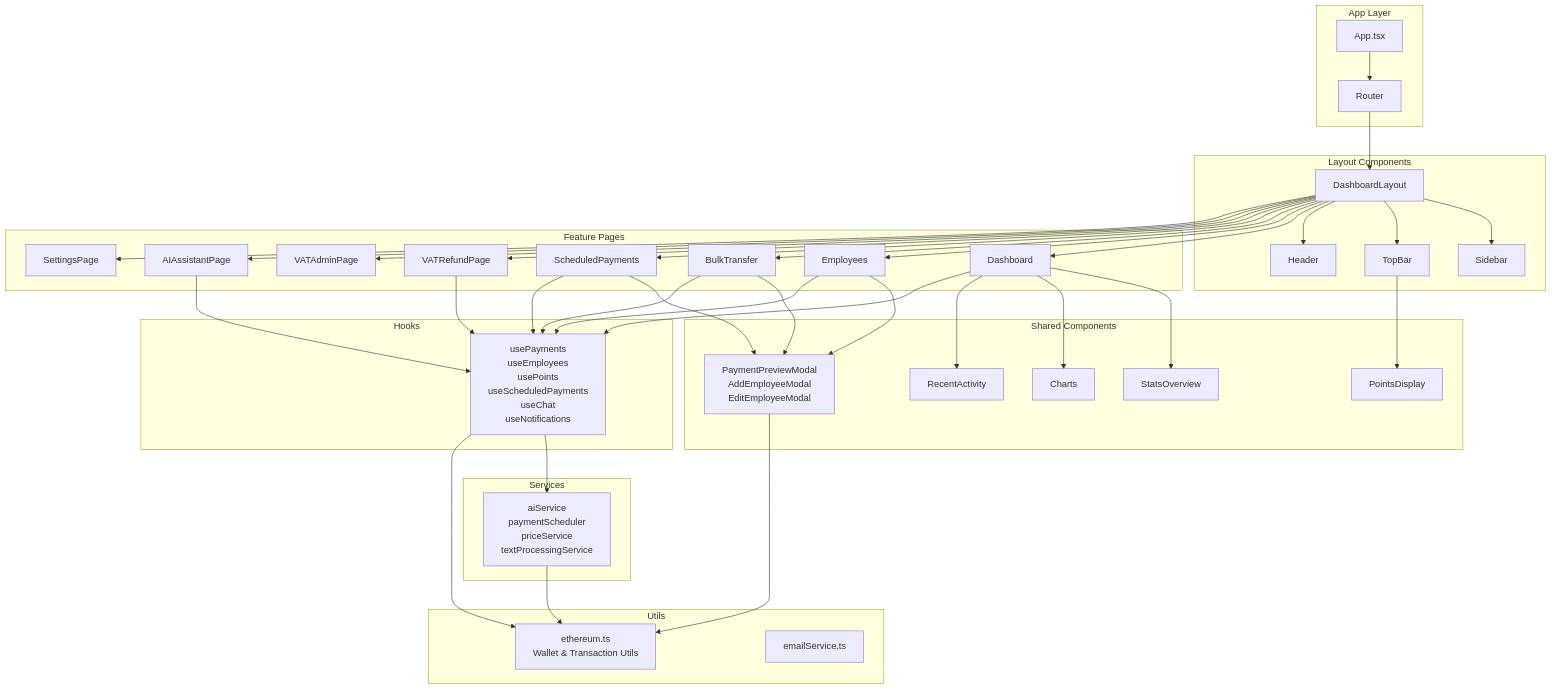
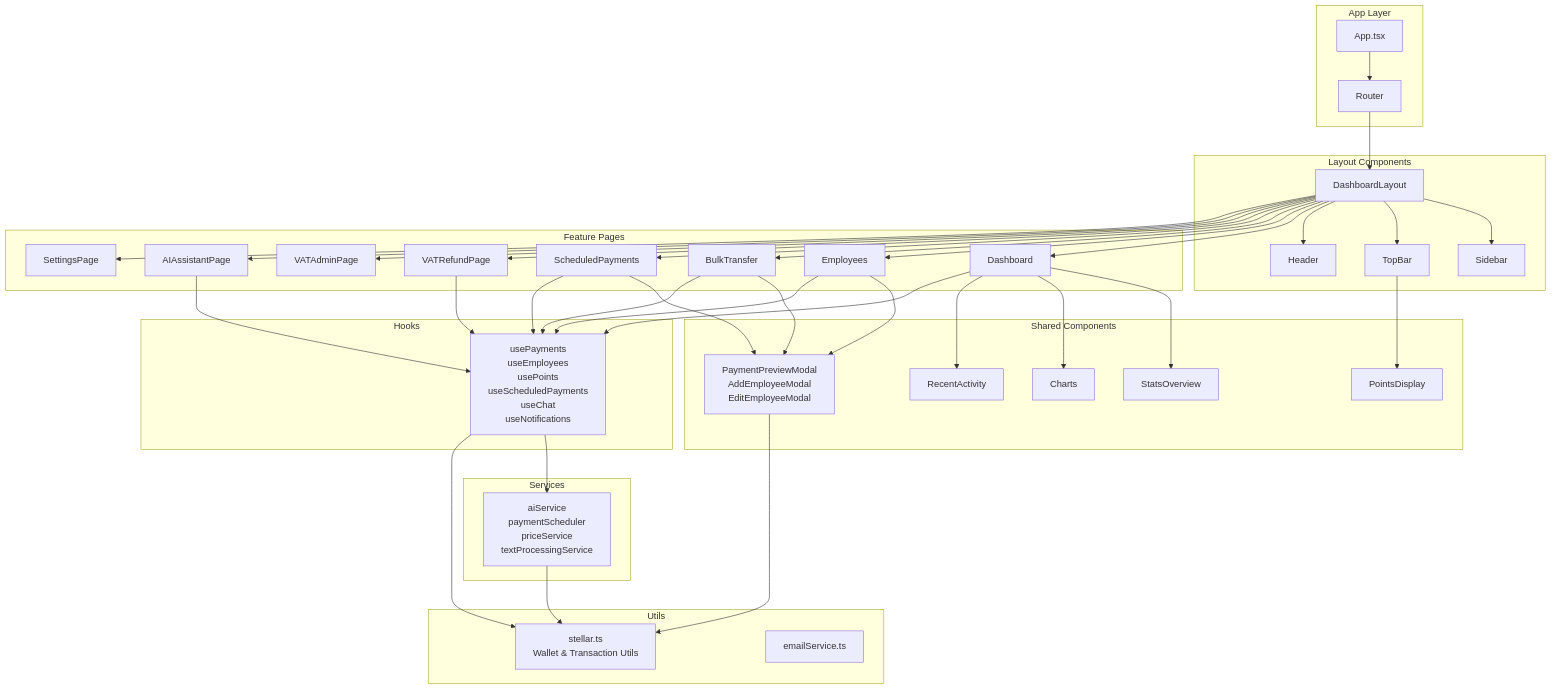
Before and after one commit to AmaanSayyad/Gemetra-Stellar: the ninth of 10 diagrams in README.md, drawn with Mermaid. The commit also changed other lines of this file and 57 other files, not shown here.

````diff
--- a/README.md
+++ b/README.md
@@ -487,81 +492,81 @@
 ```mermaid
 graph TB
     subgraph "App Layer"
         APP[App.tsx]
         ROUTER[Router]
     end
     
     subgraph "Layout Components"
         LAYOUT[DashboardLayout]
         SIDEBAR[Sidebar]
         TOPBAR[TopBar]
         HEADER[Header]
     end
     
     subgraph "Feature Pages"
         DASHBOARD[Dashboard]
         EMPLOYEES[Employees]
         PAYMENTS[BulkTransfer]
         SCHEDULED[ScheduledPayments]
         VAT[VATRefundPage]
         VATADMIN[VATAdminPage]
         AI[AIAssistantPage]
         SETTINGS[SettingsPage]
     end
     
     subgraph "Shared Components"
         MODALS[PaymentPreviewModal<br/>AddEmployeeModal<br/>EditEmployeeModal]
         CHARTS[Charts]
         STATS[StatsOverview]
         ACTIVITY[RecentActivity]
         POINTS[PointsDisplay]
     end
     
     subgraph "Hooks"
         HOOKS[usePayments<br/>useEmployees<br/>usePoints<br/>useScheduledPayments<br/>useChat<br/>useNotifications]
     end
     
     subgraph "Services"
         SERVICES[aiService<br/>paymentScheduler<br/>priceService<br/>textProcessingService]
     end
     
     subgraph "Utils"
-        ETH[ethereum.ts<br/>Wallet & Transaction Utils]
+        STELLAR[stellar.ts<br/>Wallet & Transaction Utils]
         EMAIL[emailService.ts]
     end
     
     APP --> ROUTER
     ROUTER --> LAYOUT
     LAYOUT --> SIDEBAR
     LAYOUT --> TOPBAR
     LAYOUT --> HEADER
     LAYOUT --> DASHBOARD
     LAYOUT --> EMPLOYEES
     LAYOUT --> PAYMENTS
     LAYOUT --> SCHEDULED
     LAYOUT --> VAT
     LAYOUT --> VATADMIN
     LAYOUT --> AI
     LAYOUT --> SETTINGS
     
     DASHBOARD --> STATS
     DASHBOARD --> CHARTS
     DASHBOARD --> ACTIVITY
     TOPBAR --> POINTS
     
     EMPLOYEES --> MODALS
     PAYMENTS --> MODALS
     SCHEDULED --> MODALS
     
     DASHBOARD --> HOOKS
     EMPLOYEES --> HOOKS
     PAYMENTS --> HOOKS
     SCHEDULED --> HOOKS
     VAT --> HOOKS
     AI --> HOOKS
     
     HOOKS --> SERVICES
-    HOOKS --> ETH
-    SERVICES --> ETH
-    MODALS --> ETH
+    HOOKS --> STELLAR
+    SERVICES --> STELLAR
+    MODALS --> STELLAR
 ```
````
